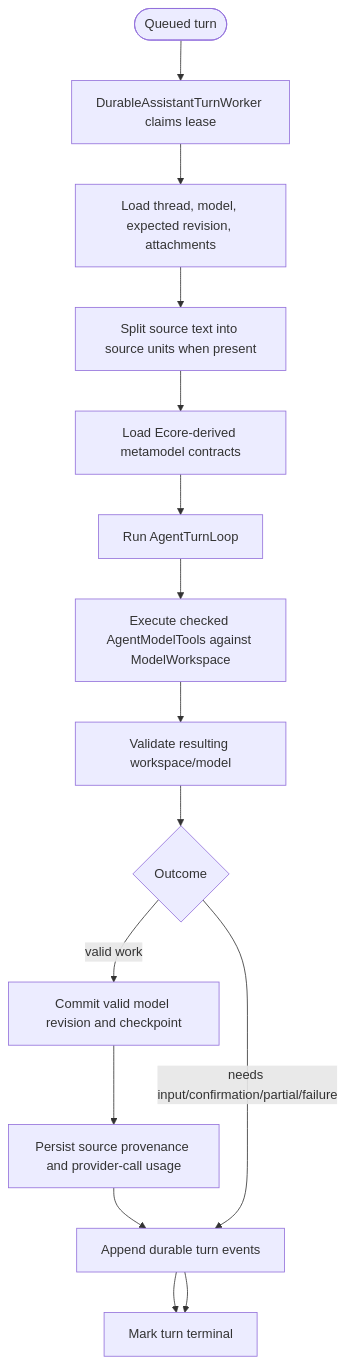
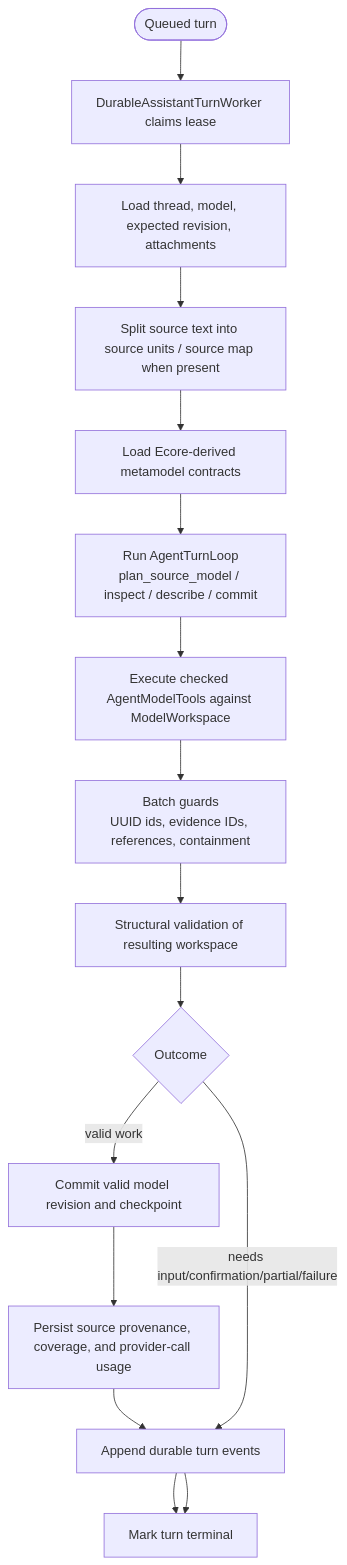
Before and after one commit to mehdieidi/modriss: the fifth of 7 diagrams in docs/diagrams/22-major-function-flows.md, drawn with Mermaid. The commit also changed 44 other files, not shown here.

First line of the commit message:
feat(ai): enhance tests and functionality for agent actions and model services

````diff
--- a/docs/diagrams/22-major-function-flows.md
+++ b/docs/diagrams/22-major-function-flows.md
@@ -103,20 +103,21 @@
 ```mermaid
 flowchart TD
     start([Queued turn])
     claim["DurableAssistantTurnWorker claims lease"]
     load["Load thread, model, expected revision, attachments"]
-    split["Split source text into source units when present"]
+    split["Split source text into source units / source map when present"]
     contracts["Load Ecore-derived metamodel contracts"]
-    loop["Run AgentTurnLoop"]
+    loop["Run AgentTurnLoop<br/>plan_source_model / inspect / describe / commit"]
     tools["Execute checked AgentModelTools against ModelWorkspace"]
-    validate["Validate resulting workspace/model"]
+    guards["Batch guards<br/>UUID ids, evidence IDs, references, containment"]
+    validate["Structural validation of resulting workspace"]
     outcome{"Outcome"}
     commit["Commit valid model revision and checkpoint"]
-    provenance["Persist source provenance and provider-call usage"]
+    provenance["Persist source provenance, coverage, and provider-call usage"]
     events["Append durable turn events"]
     terminal["Mark turn terminal"]
 
-    start --> claim --> load --> split --> contracts --> loop --> tools --> validate --> outcome
+    start --> claim --> load --> split --> contracts --> loop --> tools --> guards --> validate --> outcome
     outcome -- valid work --> commit --> provenance --> events --> terminal
     outcome -- needs input/confirmation/partial/failure --> events --> terminal
 ```
````
